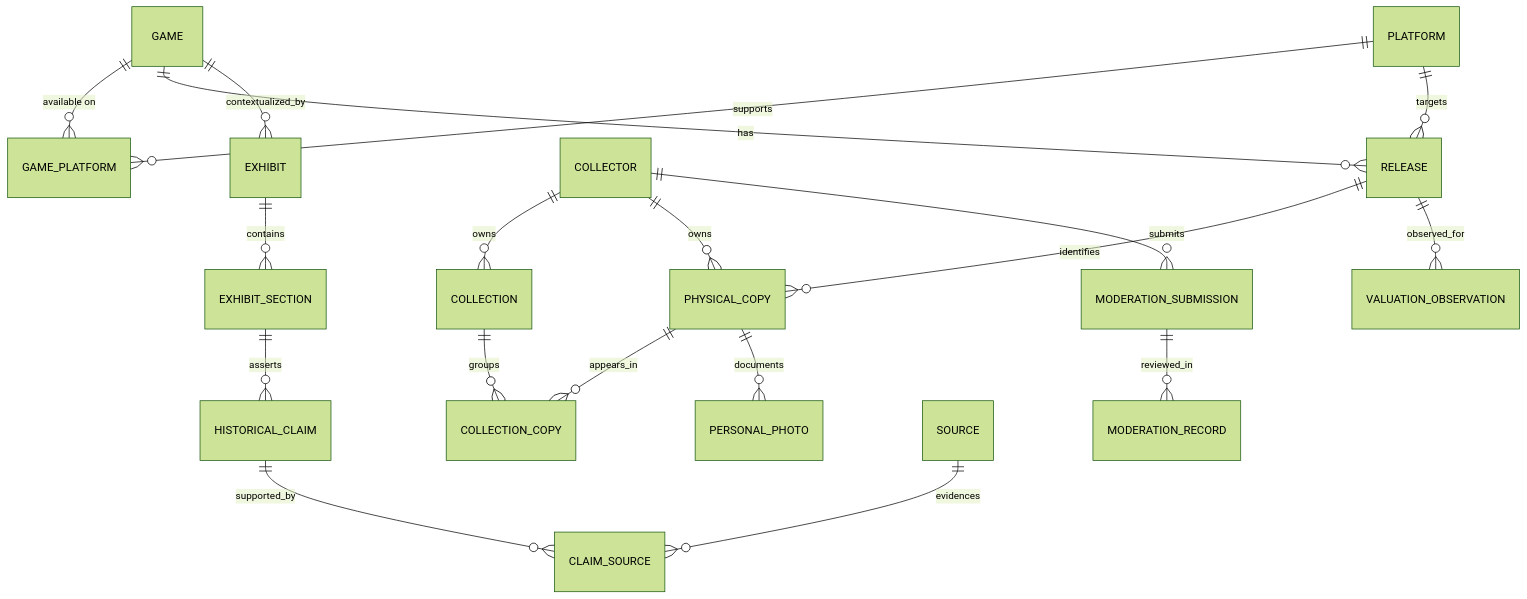
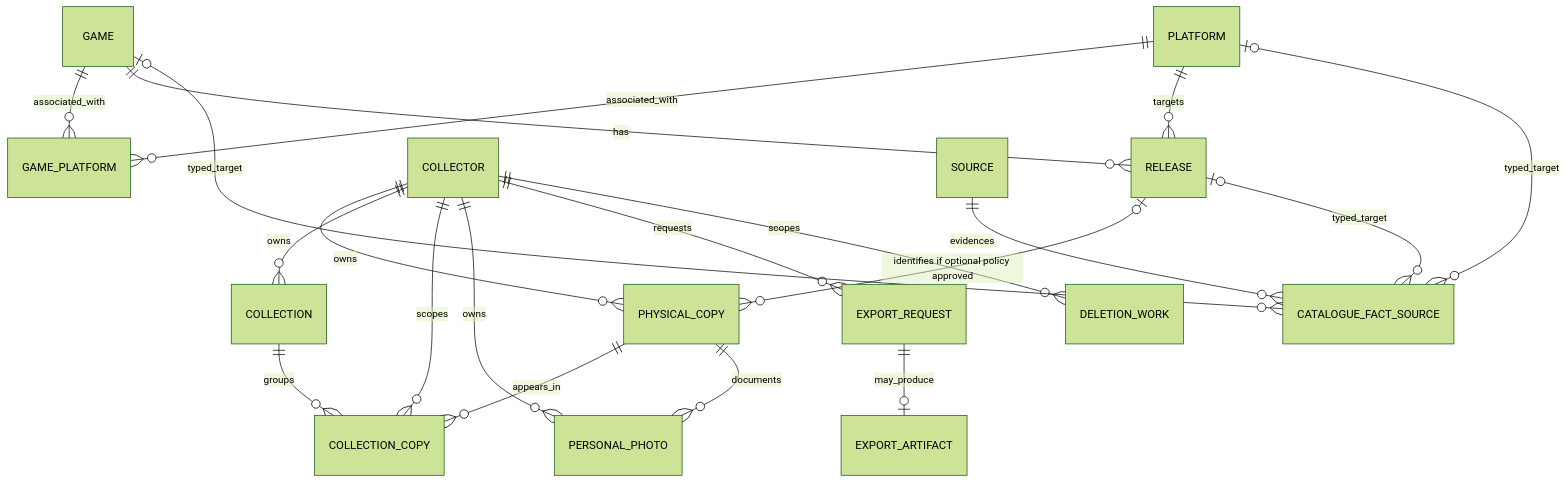
One commit to bretthotep/Game-Curator changed the first of 2 diagrams in docs/architecture/domain-model.md. Above: the diagram before and after it, drawn with Mermaid (forest theme). The commit also changed other lines of this file and 10 other files, not shown here.

````diff
--- a/docs/architecture/domain-model.md
+++ b/docs/architecture/domain-model.md
@@ -7,21 +24,24 @@
 ```mermaid
 erDiagram
-  GAME ||--o{ GAME_PLATFORM : "available on"
-  PLATFORM ||--o{ GAME_PLATFORM : supports
+  accTitle: Proposed catalogue and owner-private relationships
+  accDescr: Games and platforms define releases. Distinct copies and groups belong to collectors. Memberships and photos must have the same owner as the referenced copy and group. Export and deletion work are owner-bound.
+  GAME ||--o{ GAME_PLATFORM : associated_with
+  PLATFORM ||--o{ GAME_PLATFORM : associated_with
   GAME ||--o{ RELEASE : has
   PLATFORM ||--o{ RELEASE : targets
-  RELEASE ||--o{ PHYSICAL_COPY : identifies
+  RELEASE o|--o{ PHYSICAL_COPY : "identifies if optional policy approved"
+  COLLECTOR ||--o{ PHYSICAL_COPY : owns
   COLLECTOR ||--o{ COLLECTION : owns
-  COLLECTOR ||--o{ PHYSICAL_COPY : owns
+  COLLECTOR ||--o{ COLLECTION_COPY : scopes
   COLLECTION ||--o{ COLLECTION_COPY : groups
   PHYSICAL_COPY ||--o{ COLLECTION_COPY : appears_in
+  COLLECTOR ||--o{ PERSONAL_PHOTO : owns
   PHYSICAL_COPY ||--o{ PERSONAL_PHOTO : documents
-  GAME ||--o{ EXHIBIT : contextualized_by
-  EXHIBIT ||--o{ EXHIBIT_SECTION : contains
-  EXHIBIT_SECTION ||--o{ HISTORICAL_CLAIM : asserts
-  HISTORICAL_CLAIM ||--o{ CLAIM_SOURCE : supported_by
-  SOURCE ||--o{ CLAIM_SOURCE : evidences
-  RELEASE ||--o{ VALUATION_OBSERVATION : observed_for
-  COLLECTOR ||--o{ MODERATION_SUBMISSION : submits
-  MODERATION_SUBMISSION ||--o{ MODERATION_RECORD : reviewed_in
+  COLLECTOR ||--o{ EXPORT_REQUEST : requests
+  EXPORT_REQUEST ||--o| EXPORT_ARTIFACT : may_produce
+  COLLECTOR ||--o{ DELETION_WORK : scopes
+  SOURCE ||--o{ CATALOGUE_FACT_SOURCE : evidences
+  GAME o|--o{ CATALOGUE_FACT_SOURCE : typed_target
+  PLATFORM o|--o{ CATALOGUE_FACT_SOURCE : typed_target
+  RELEASE o|--o{ CATALOGUE_FACT_SOURCE : typed_target
 ```
````
